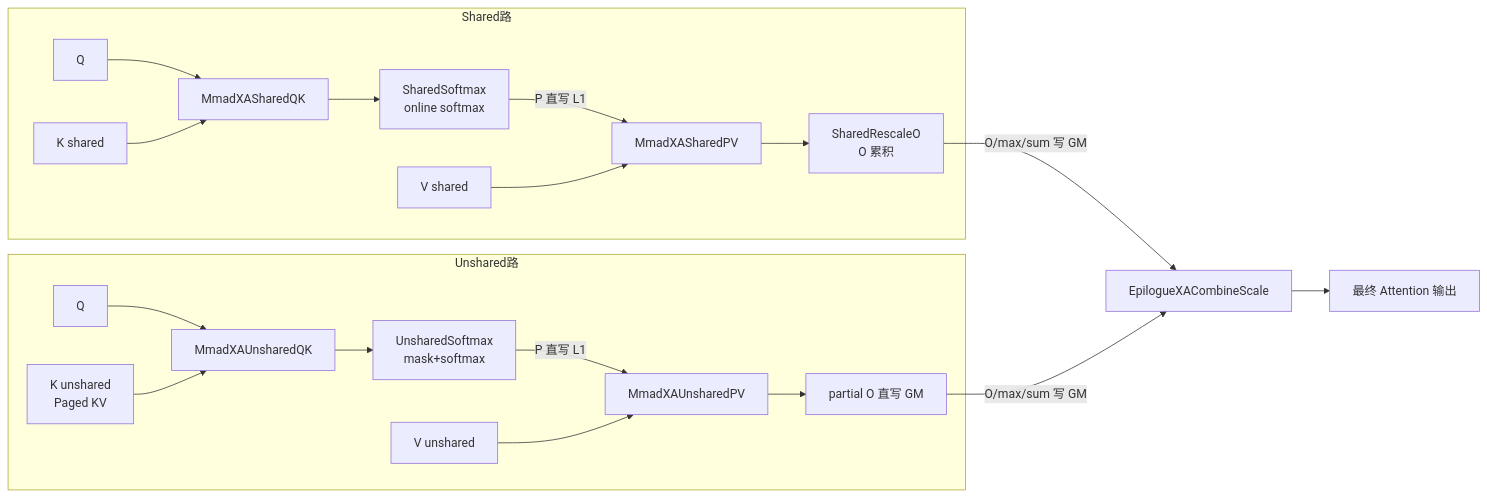
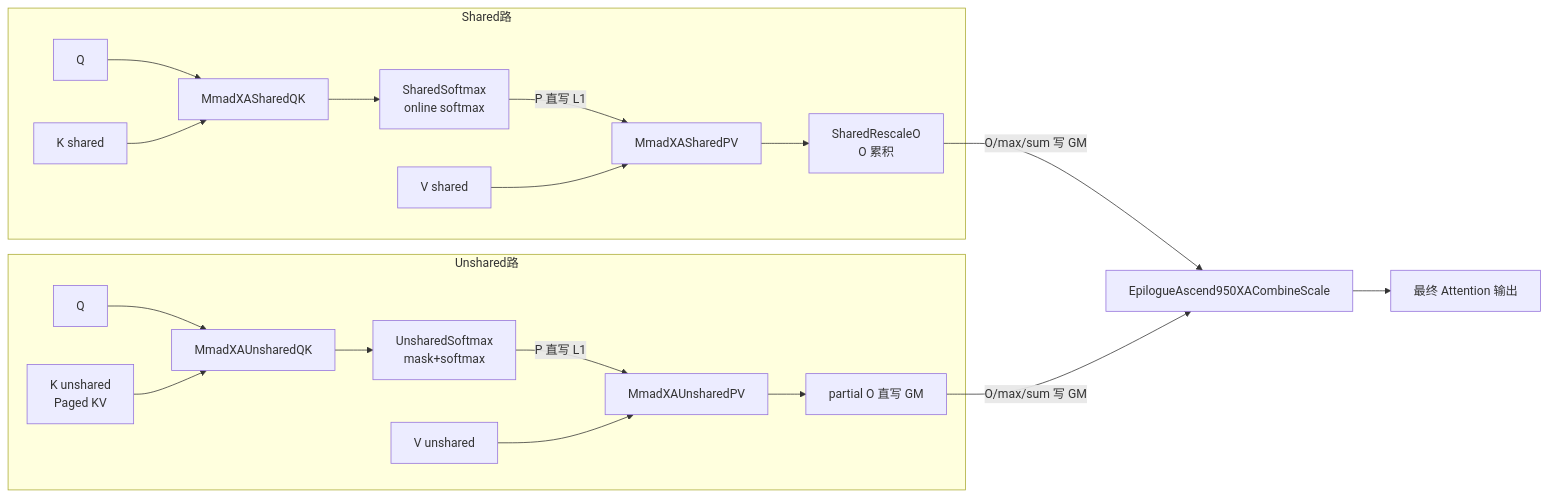
The first of 2 diagrams in docs/zh/2_Design/04_contrib/00_XAttention/05_xa_tla_kernel.md (ascend-catlass/catlass), drawn with Mermaid before and after one commit. The commit also changed other lines of this file and 14 other files, not shown here.

````diff
--- a/docs/zh/2_Design/04_contrib/00_XAttention/05_xa_tla_kernel.md
+++ b/docs/zh/2_Design/04_contrib/00_XAttention/05_xa_tla_kernel.md
@@ -26,22 +26,22 @@
 ```mermaid
 graph LR
     subgraph Shared路
         A[Q] --> QK1[MmadXASharedQK]
         K1[K shared] --> QK1
         QK1 --> SM1[SharedSoftmax<br/>online softmax]
         SM1 -->|P 直写 L1| PV1[MmadXASharedPV]
         V1[V shared] --> PV1
         PV1 --> RC[SharedRescaleO<br/>O 累积]
     end
     subgraph Unshared路
         A2[Q] --> QK2[MmadXAUnsharedQK]
         K2[K unshared<br/>Paged KV] --> QK2
         QK2 --> SM2[UnsharedSoftmax<br/>mask+softmax]
         SM2 -->|P 直写 L1| PV2[MmadXAUnsharedPV]
         V2[V unshared] --> PV2
         PV2 --> O2[partial O 直写 GM]
     end
-    RC -->|O/max/sum 写 GM| CB[EpilogueXACombineScale]
+    RC -->|O/max/sum 写 GM| CB[EpilogueAscend950XACombineScale]
     O2 -->|O/max/sum 写 GM| CB
     CB --> OUT[最终 Attention 输出]
 ```
````
